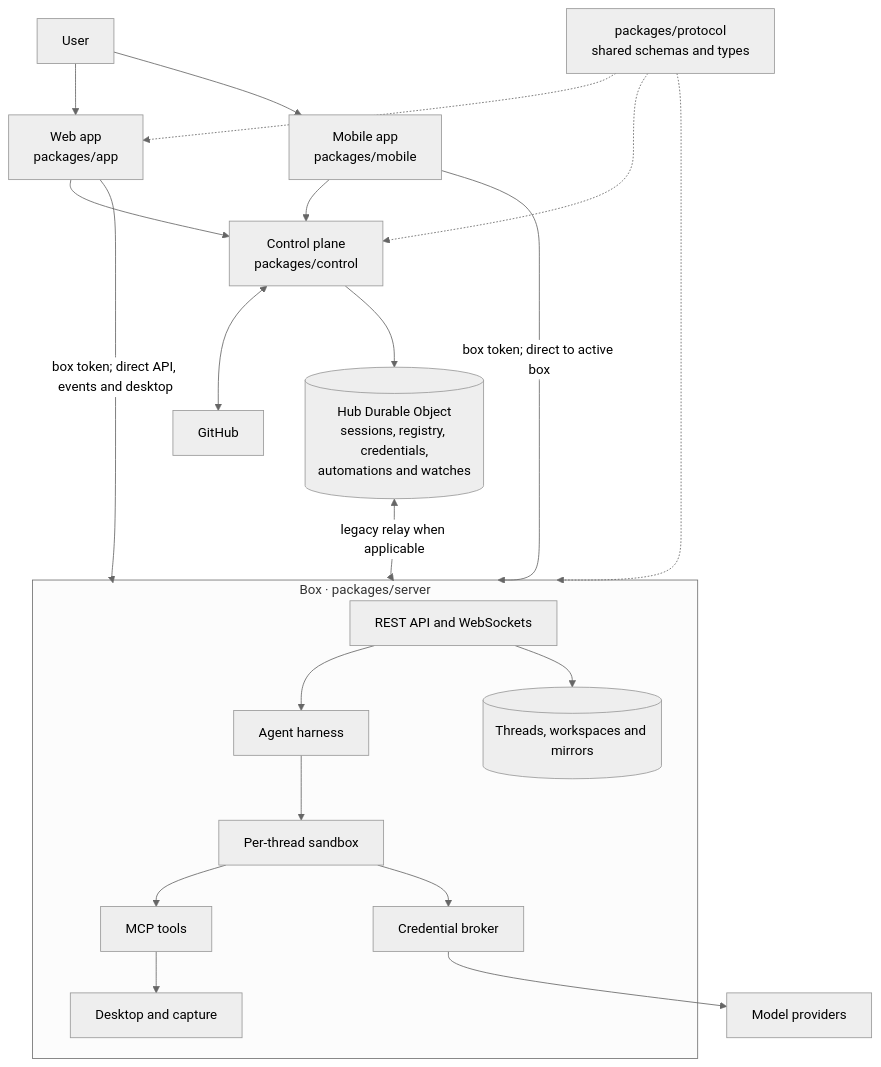
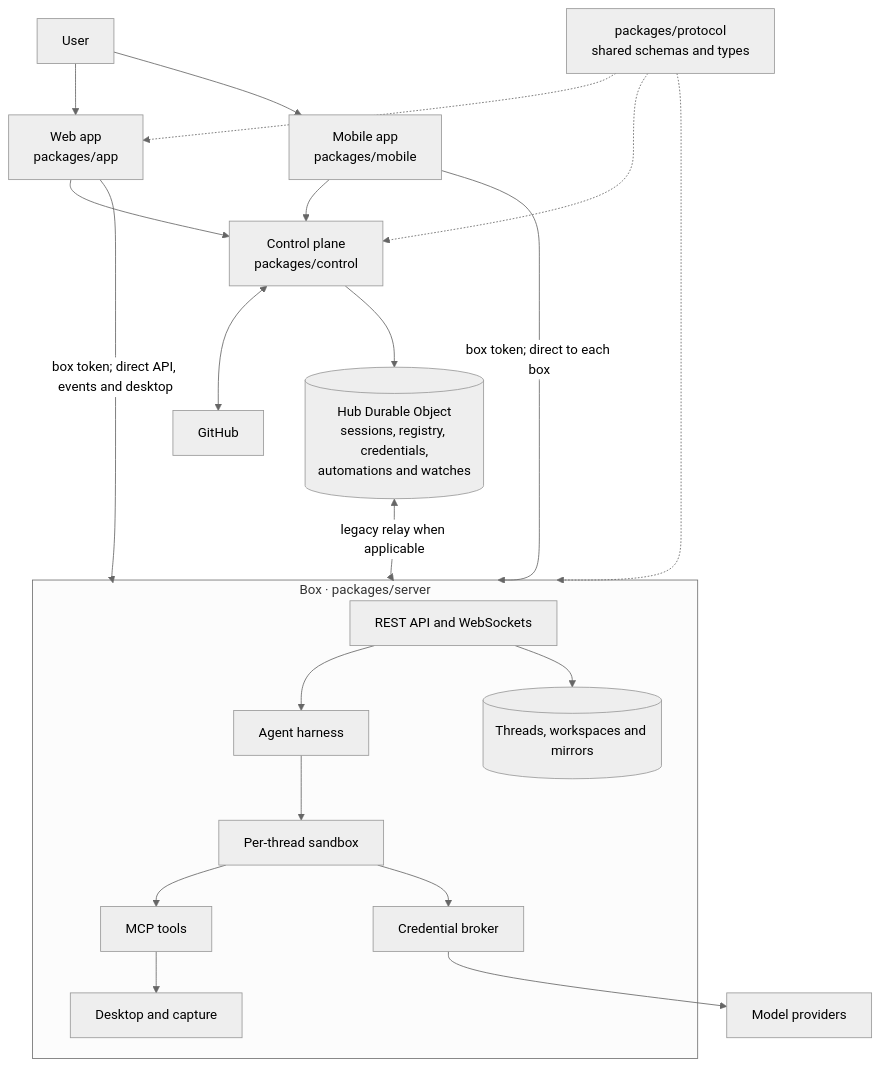
The diagram in docs/architecture.md (jarenm1/kestrel), drawn with Mermaid (neutral theme) before and after one commit. The commit also changed other lines of this file and 1 other file, not shown here.

Commit message:
Update architecture for merged box and Nest work

````diff
--- a/docs/architecture.md
+++ b/docs/architecture.md
@@ -9,30 +9,30 @@
 ```mermaid
 flowchart TB
   U["User"] --> WEB["Web app<br/>packages/app"]
   U --> MOBILE["Mobile app<br/>packages/mobile"]
   WEB --> CTRL["Control plane<br/>packages/control"]
   MOBILE --> CTRL
   CTRL <--> GH["GitHub"]
   CTRL --> HUB[("Hub Durable Object<br/>sessions, registry, credentials,<br/>automations and watches")]
   WEB -->|"box token; direct API, events and desktop"| BOX
-  MOBILE -->|"box token; direct to active box"| BOX
+  MOBILE -->|"box token; direct to each box"| BOX
   HUB <-->|"legacy relay when applicable"| BOX
   subgraph BOX["Box · packages/server"]
     API["REST API and WebSockets"]
     HARNESS["Agent harness"]
     SANDBOX["Per-thread sandbox"]
     MCP["MCP tools"]
     BROKER["Credential broker"]
     DESKTOP["Desktop and capture"]
     DATA[("Threads, workspaces and mirrors")]
     API --> HARNESS --> SANDBOX
     API --> DATA
     SANDBOX --> MCP
     SANDBOX --> BROKER
     MCP --> DESKTOP
   end
   BROKER --> MODEL["Model providers"]
   PROTOCOL["packages/protocol<br/>shared schemas and types"] -.-> WEB
   PROTOCOL -.-> CTRL
   PROTOCOL -.-> BOX
 ```
````
